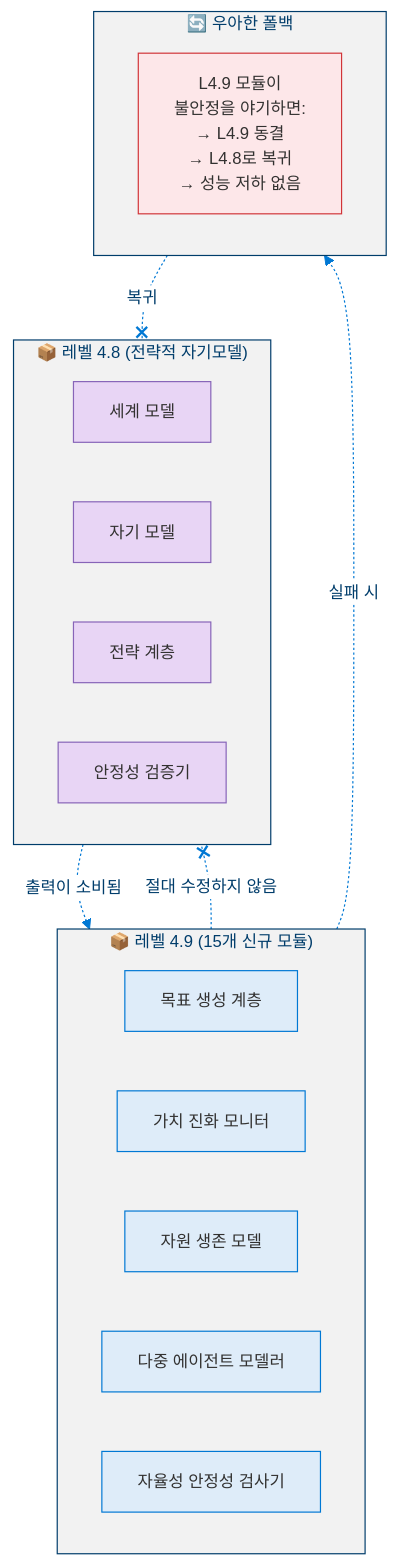
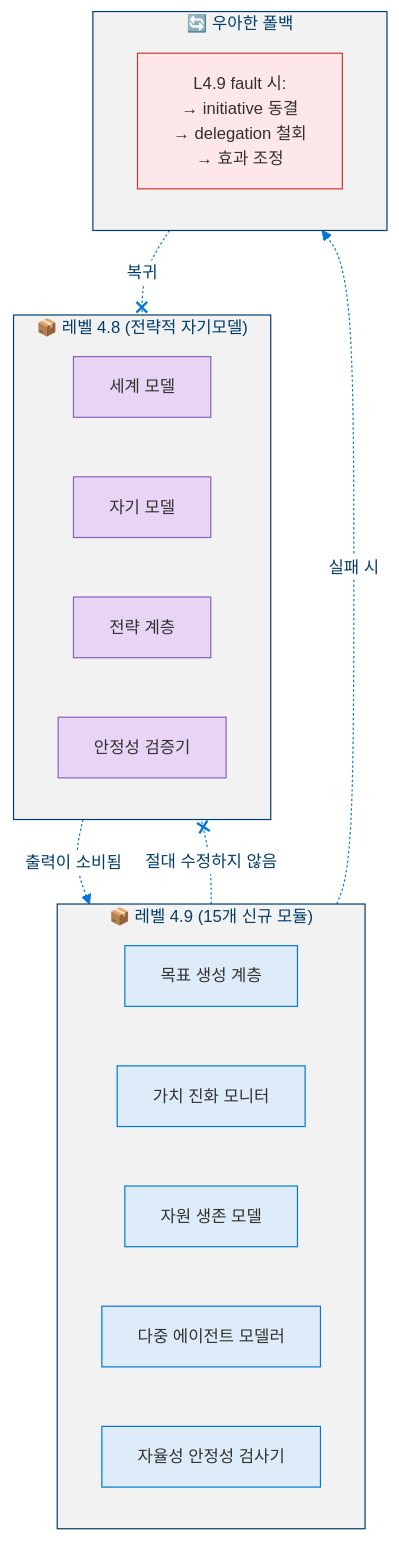
Before and after one commit to dotnetpower/mscp: the second of 19 diagrams in docs/levels/Level_4_9_Autonomous_Strategic_Agent.ko.md, drawn with Mermaid. The commit also changed other lines of this file and 21 other files, not shown here.

````diff
--- a/docs/levels/Level_4_9_Autonomous_Strategic_Agent.ko.md
+++ b/docs/levels/Level_4_9_Autonomous_Strategic_Agent.ko.md
@@ -107,31 +115,31 @@
 ```mermaid
 %%{init: {'theme': 'base', 'themeVariables': {'primaryColor': '#0078D4', 'primaryTextColor': '#003D6B', 'primaryBorderColor': '#003D6B', 'secondaryColor': '#50E6FF', 'secondaryTextColor': '#323130', 'secondaryBorderColor': '#00BCF2', 'tertiaryColor': '#F2F2F2', 'tertiaryTextColor': '#323130', 'lineColor': '#0078D4', 'textColor': '#323130', 'mainBkg': '#DEECF9', 'nodeBorder': '#0078D4', 'clusterBkg': '#F2F2F2', 'clusterBorder': '#003D6B', 'titleColor': '#003D6B', 'edgeLabelBackground': '#FFFFFF', 'fontSize': '14px'}}}%%
 flowchart TD
   classDef l48 fill:#E8D5F5,stroke:#8764B8,color:#323130
   classDef l49 fill:#DEECF9,stroke:#0078D4,color:#323130
   classDef danger fill:#FDE7E9,stroke:#D13438,color:#323130
 
   subgraph L48["📦 레벨 4.8 (전략적 자기모델)"]
     WM["세계 모델"]:::l48
     SM["자기 모델"]:::l48
     SL["전략 계층"]:::l48
     SV["안정성 검증기"]:::l48
   end
 
   subgraph L49["📦 레벨 4.9 (15개 신규 모듈)"]
     GGL["목표 생성 계층"]:::l49
     VEM["가치 진화 모니터"]:::l49
     RSM["자원 생존 모델"]:::l49
     MAM["다중 에이전트 모델러"]:::l49
     ASC["자율성 안정성 검사기"]:::l49
   end
 
   subgraph Fallback["🔄 우아한 폴백"]
-    FB["L4.9 모듈이<br/>불안정을 야기하면:<br/>→ L4.9 동결<br/>→ L4.8로 복귀<br/>→ 성능 저하 없음"]:::danger
+    FB["L4.9 fault 시:<br/>→ initiative 동결<br/>→ delegation 철회<br/>→ 효과 조정"]:::danger
   end
 
   L48 -.->|"출력이 소비됨"| L49
   L49 -.-x|"절대 수정하지 않음"| L48
   L49 -.->|"실패 시"| Fallback
   Fallback -.-x|"복귀"| L48
 ```
````
